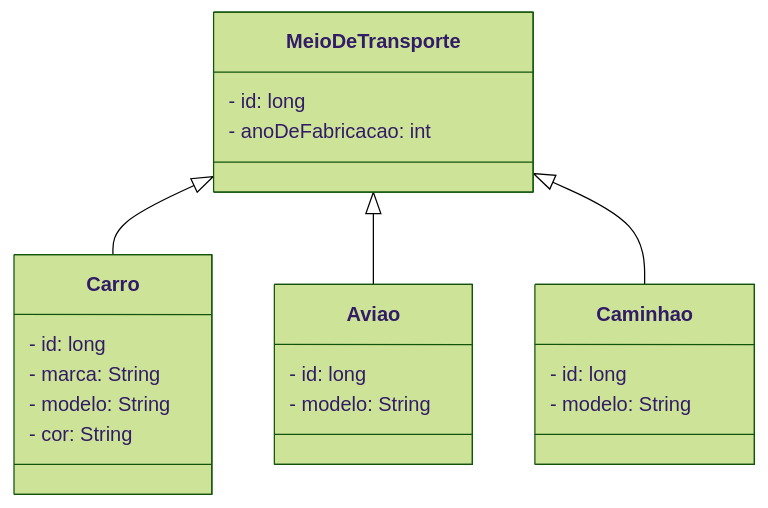
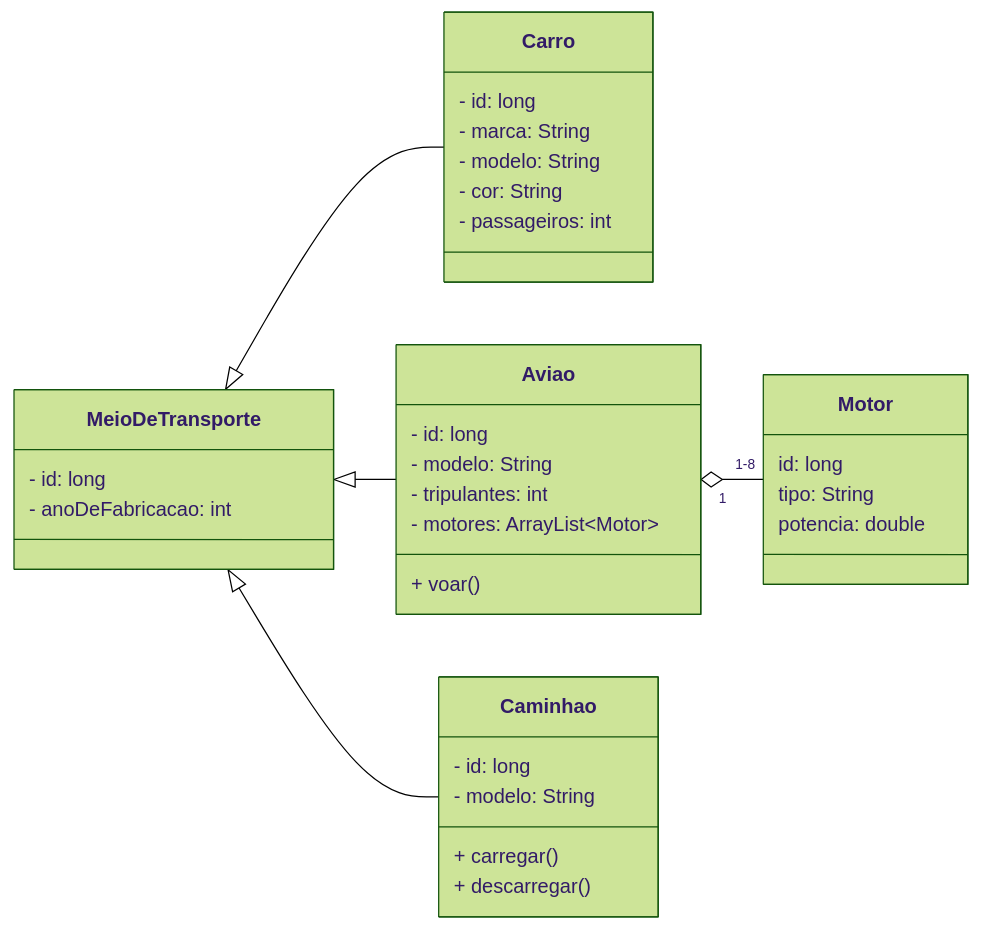
Before and after one commit to lucasgch/POO: the third of 4 diagrams in aulas/2026-10-14/readme.md, drawn with Mermaid (forest theme). The commit also changed other lines of this file, not shown here.

````diff
--- a/aulas/2026-10-14/readme.md
+++ b/aulas/2026-10-14/readme.md
@@ -106,30 +150,44 @@
 ```mermaid
     classDiagram
-        directionLR
+        direction LR
         
         class MeioDeTransporte{
             - id: long
             - anoDeFabricacao: int
         }      
         
         class Carro {
             - id: long
             - marca: String
             - modelo: String
             - cor: String 
+            - passageiros: int
         }
         
         class Aviao{
-          - id: long
+           - id: long
            - modelo: String
+           - tripulantes: int
+           - motores: ArrayList~Motor~
+           + voar()
         }
         
         class Caminhao {
             - id: long
             - modelo: String
+            + carregar()
+            + descarregar()
+        }
+        
+        class Motor {
+            id: long
+            tipo: String
+            potencia: double
         }
         
         MeioDeTransporte <|-- Carro
         MeioDeTransporte <|-- Aviao
         MeioDeTransporte <|-- Caminhao
+        
+        Aviao "1" o-- "1-8" Motor
 ```
````
